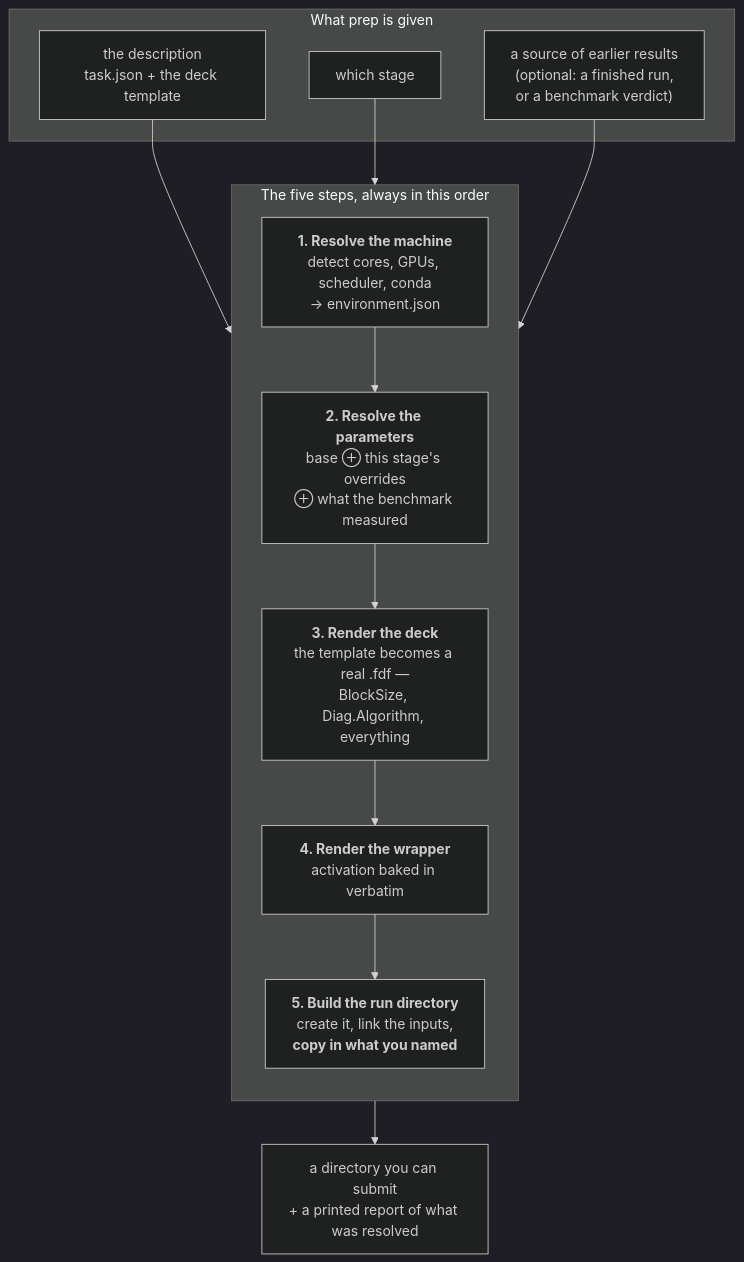
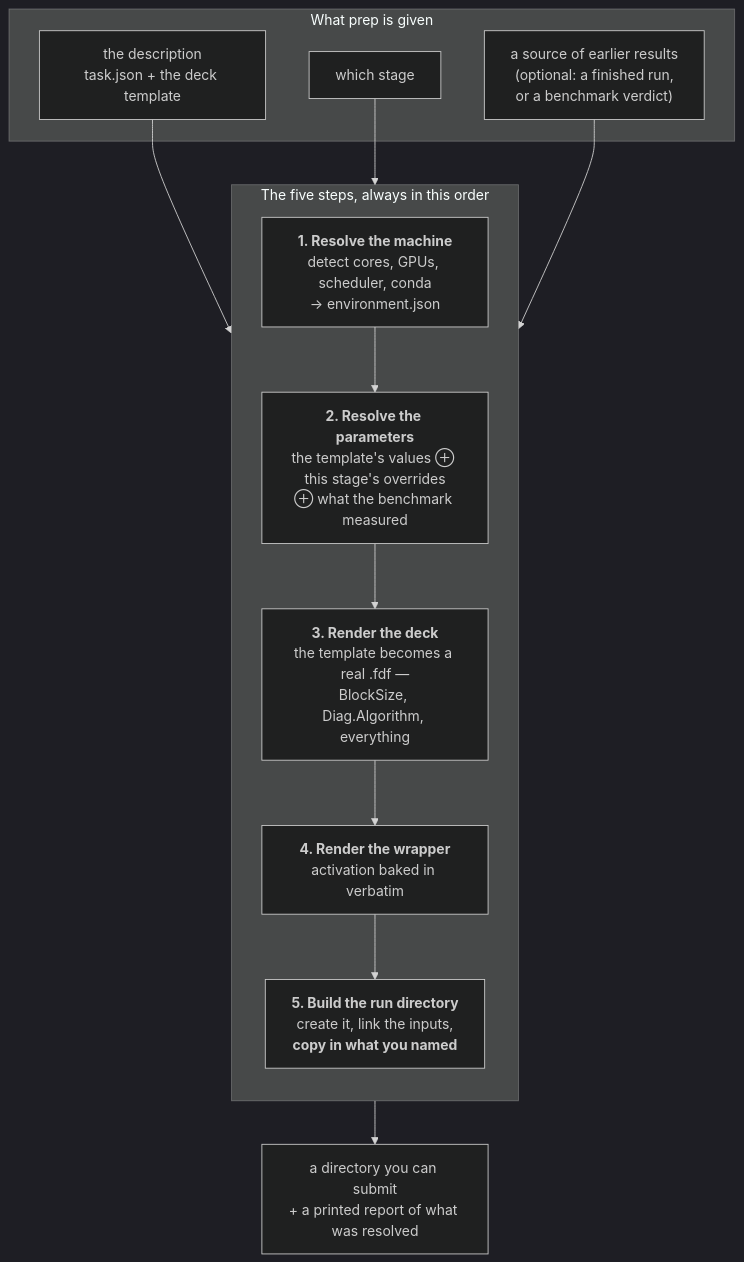
Before and after one commit to Qing-LAB/molbuilder: the sixth of 10 diagrams in docs/execution/project-layout.md, drawn with Mermaid (dark theme). The commit also changed 5 other files, not shown here.

````diff
--- a/docs/execution/project-layout.md
+++ b/docs/execution/project-layout.md
@@ -595,20 +595,20 @@
 ```mermaid
 flowchart TB
     subgraph inputs["What prep is given"]
       D["the description<br/>task.json + the deck template"]
       S["which stage"]
       F["a source of earlier results<br/>(optional: a finished run,<br/>or a benchmark verdict)"]
     end
     subgraph steps["The five steps, always in this order"]
       direction TB
       S1["<b>1. Resolve the machine</b><br/>detect cores, GPUs, scheduler, conda<br/>→ environment.json"]
-      S2["<b>2. Resolve the parameters</b><br/>base ⊕ this stage's overrides<br/>⊕ what the benchmark measured"]
+      S2["<b>2. Resolve the parameters</b><br/>the template's values ⊕ this stage's overrides<br/>⊕ what the benchmark measured"]
       S3["<b>3. Render the deck</b><br/>the template becomes a real .fdf —<br/>BlockSize, Diag.Algorithm, everything"]
       S4["<b>4. Render the wrapper</b><br/>activation baked in verbatim"]
       S5["<b>5. Build the run directory</b><br/>create it, link the inputs,<br/><b>copy in what you named</b>"]
       S1 --> S2 --> S3 --> S4 --> S5
     end
     R["a directory you can submit<br/>+ a printed report of what was resolved"]
     D & S & F --> S1
     S5 --> R
 ```
````
